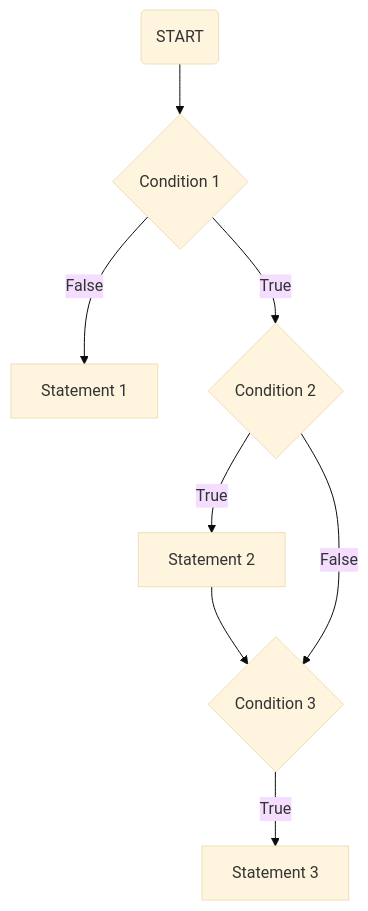
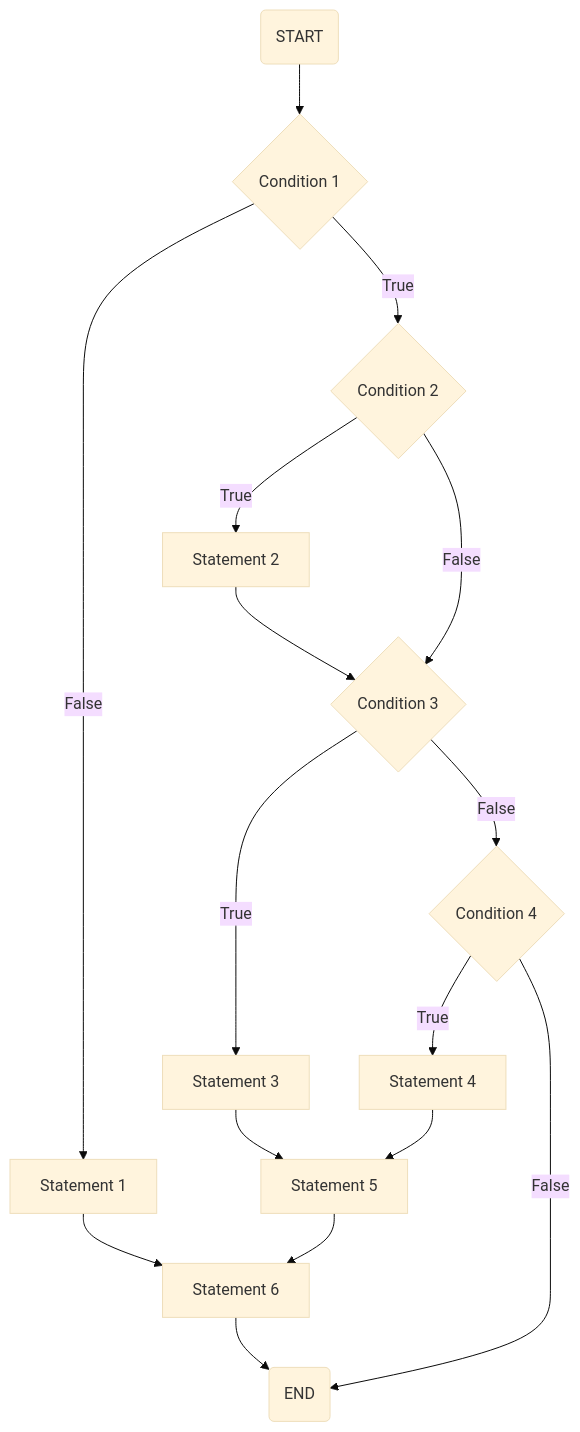
The diagram in README.md (RaphaelZH/OpenCV_Program_EN), drawn with Mermaid (base theme) before and after one commit. The commit also changed other lines of this file and 3 other files, not shown here.

````diff
--- a/README.md
+++ b/README.md
@@ -5,17 +5,33 @@
 ```mermaid
 flowchart TD
 
 A(START) --> B{Condition 1}
 
 B --> |False| C[Statement 1]
 
 B --> |True| D{Condition 2}
 
 D --> |True| E[Statement 2]
 
 E --> F{Condition 3}
 
 D --> |False| F{Condition 3}
 
 F --> |True| G[Statement 3]
+
+F --> |False| H{Condition 4}
+
+H --> |True| I[Statement 4]
+
+G --> J[Statement 5]
+
+I --> J[Statement 5]
+
+C --> K[Statement 6]
+
+H --> |False| L(END)
+
+J --> K[Statement 6]
+
+K --> L(END)
 ```
````
